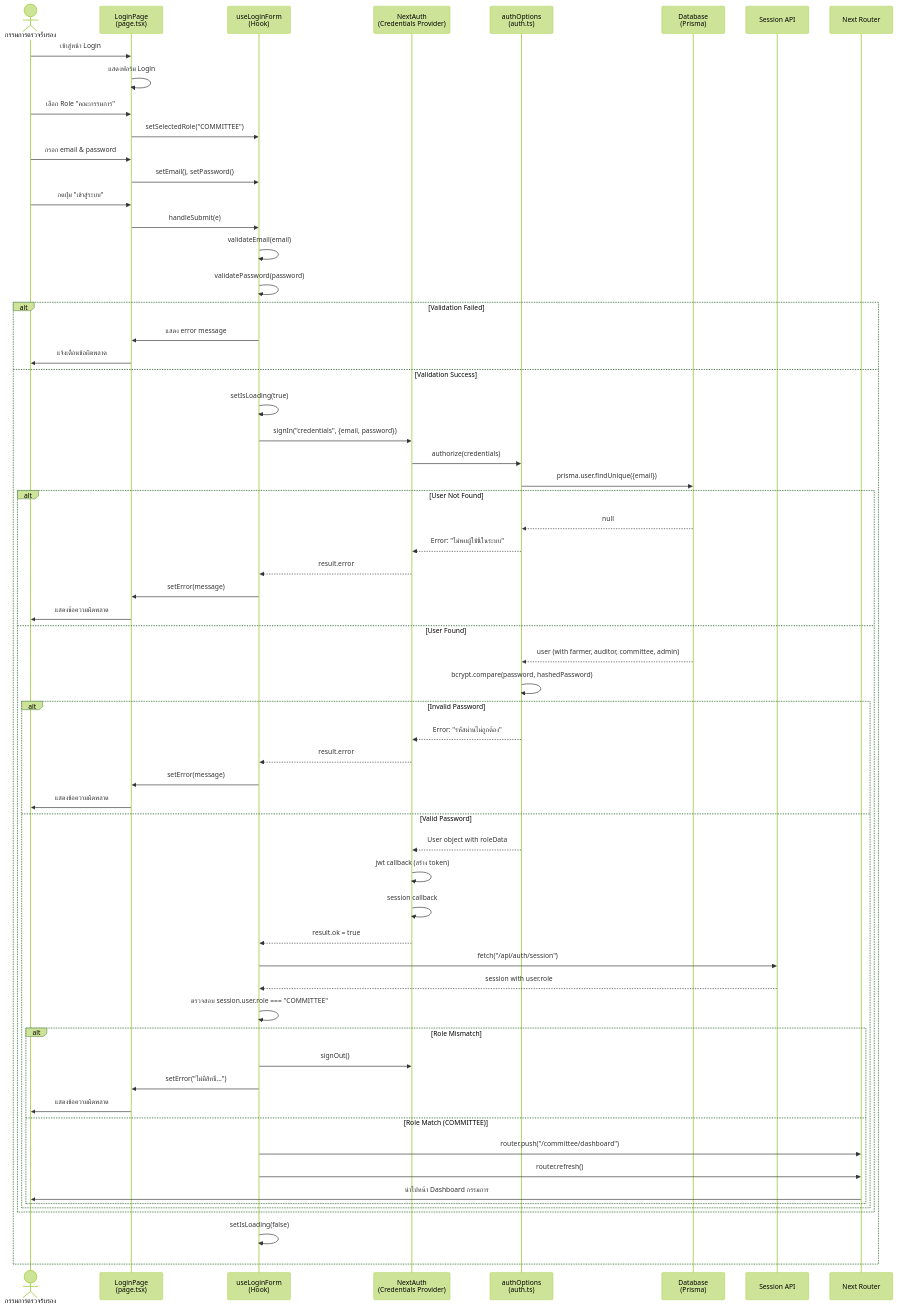
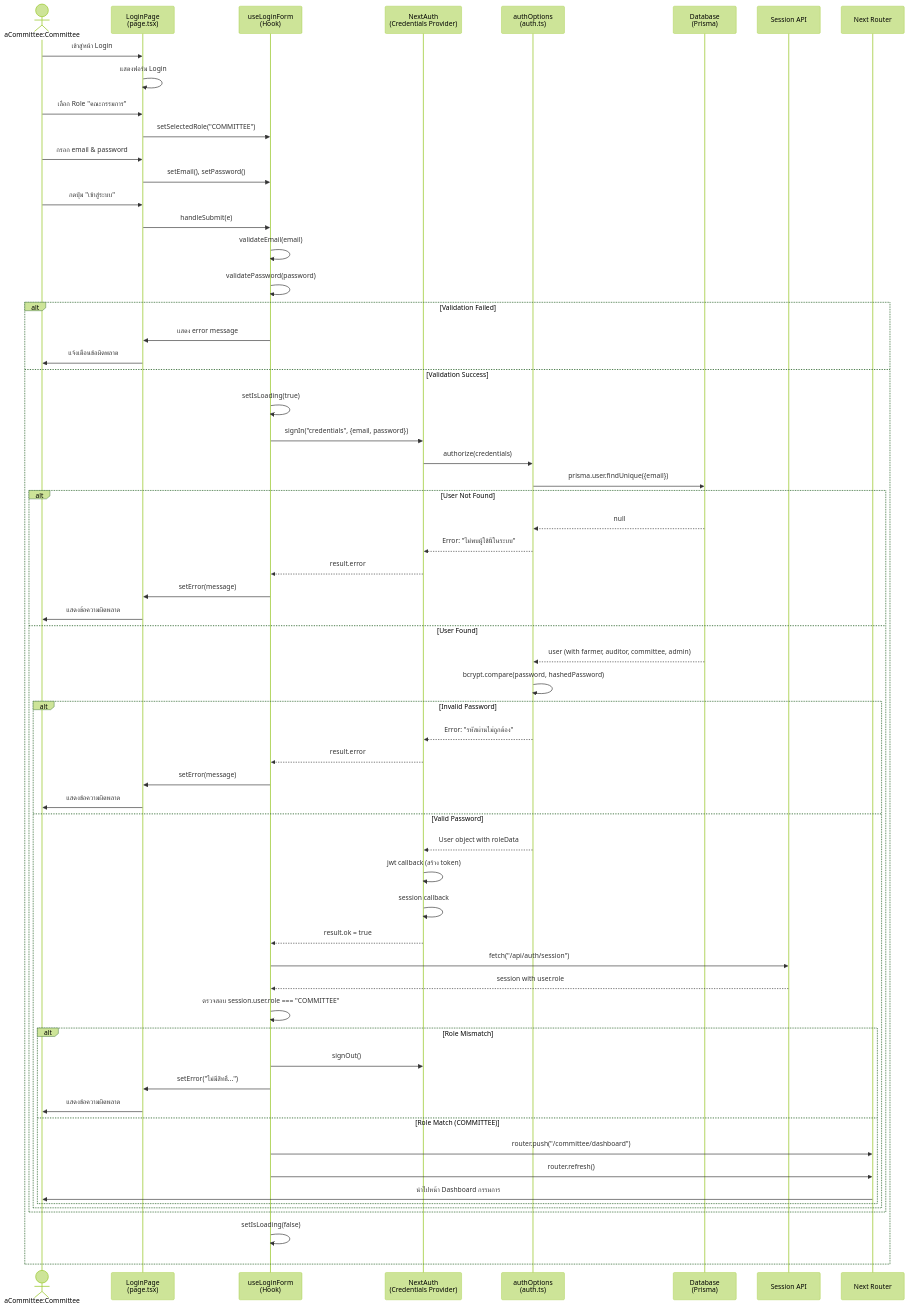
Before and after one commit to Asteriskzkx/gap-is-wa: the diagram in UML/sequenceDiagram/committeeLogin/committeeLogin.md, drawn with Mermaid (forest theme). The commit also changed 19 other files, not shown here.

Commit message:
fix: modify sequenceDiagram for adminLogin, auditorLogin, committeeLogin and farmerLogin

````diff
--- a/UML/sequenceDiagram/committeeLogin/committeeLogin.md
+++ b/UML/sequenceDiagram/committeeLogin/committeeLogin.md
@@ -1,76 +1,76 @@
 ```mermaid
 sequenceDiagram
-    actor Committee as กรรมการตรวจรับรอง
+    actor Committee as aCommittee:Committee
     participant UI as LoginPage<br/>(page.tsx)
     participant Hook as useLoginForm<br/>(Hook)
     participant NextAuth as NextAuth<br/>(Credentials Provider)
     participant Auth as authOptions<br/>(auth.ts)
     participant DB as Database<br/>(Prisma)
     participant Session as Session API
     participant Router as Next Router
 
     Committee->>UI: เข้าสู่หน้า Login
     UI->>UI: แสดงฟอร์ม Login
 
     Committee->>UI: เลือก Role "คณะกรรมการ"
     UI->>Hook: setSelectedRole("COMMITTEE")
 
     Committee->>UI: กรอก email & password
     UI->>Hook: setEmail(), setPassword()
 
     Committee->>UI: กดปุ่ม "เข้าสู่ระบบ"
     UI->>Hook: handleSubmit(e)
 
     Hook->>Hook: validateEmail(email)
     Hook->>Hook: validatePassword(password)
 
     alt Validation Failed
         Hook->>UI: แสดง error message
         UI->>Committee: แจ้งเตือนข้อผิดพลาด
     else Validation Success
         Hook->>Hook: setIsLoading(true)
         Hook->>NextAuth: signIn("credentials", {email, password})
 
         NextAuth->>Auth: authorize(credentials)
         Auth->>DB: prisma.user.findUnique({email})
 
         alt User Not Found
             DB-->>Auth: null
             Auth-->>NextAuth: Error: "ไม่พบผู้ใช้นี้ในระบบ"
             NextAuth-->>Hook: result.error
             Hook->>UI: setError(message)
             UI->>Committee: แสดงข้อความผิดพลาด
         else User Found
             DB-->>Auth: user (with farmer, auditor, committee, admin)
             Auth->>Auth: bcrypt.compare(password, hashedPassword)
 
             alt Invalid Password
                 Auth-->>NextAuth: Error: "รหัสผ่านไม่ถูกต้อง"
                 NextAuth-->>Hook: result.error
                 Hook->>UI: setError(message)
                 UI->>Committee: แสดงข้อความผิดพลาด
             else Valid Password
                 Auth-->>NextAuth: User object with roleData
                 NextAuth->>NextAuth: jwt callback (สร้าง token)
                 NextAuth->>NextAuth: session callback
                 NextAuth-->>Hook: result.ok = true
 
                 Hook->>Session: fetch("/api/auth/session")
                 Session-->>Hook: session with user.role
 
                 Hook->>Hook: ตรวจสอบ session.user.role === "COMMITTEE"
 
                 alt Role Mismatch
                     Hook->>NextAuth: signOut()
                     Hook->>UI: setError("ไม่มีสิทธิ์...")
                     UI->>Committee: แสดงข้อความผิดพลาด
                 else Role Match (COMMITTEE)
                     Hook->>Router: router.push("/committee/dashboard")
                     Hook->>Router: router.refresh()
                     Router->>Committee: นำไปหน้า Dashboard กรรมการ
                 end
             end
         end
         Hook->>Hook: setIsLoading(false)
     end
 ```
````
